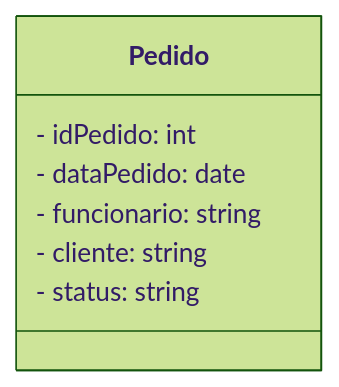
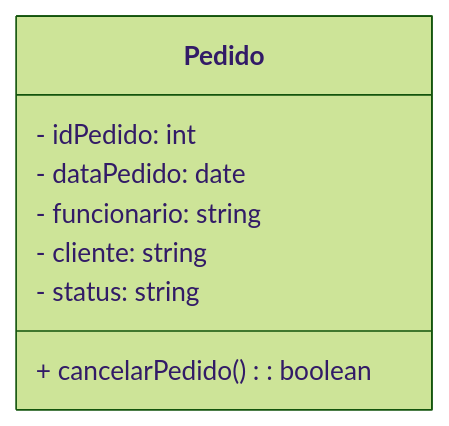
Before and after one commit to MTECHDevelopment/poojavaceub-grupo-3: the diagram in Pedido.md, drawn with Mermaid (forest theme).

````diff
--- a/Pedido.md
+++ b/Pedido.md
@@ -2,11 +2,12 @@
 ```mermaid
 classDiagram
   class Pedido{
     - idPedido: int
     - dataPedido: date
     - funcionario: string
     - cliente: string
     - status: string
+    + cancelarPedido(): boolean
   }
 
 ```
````
